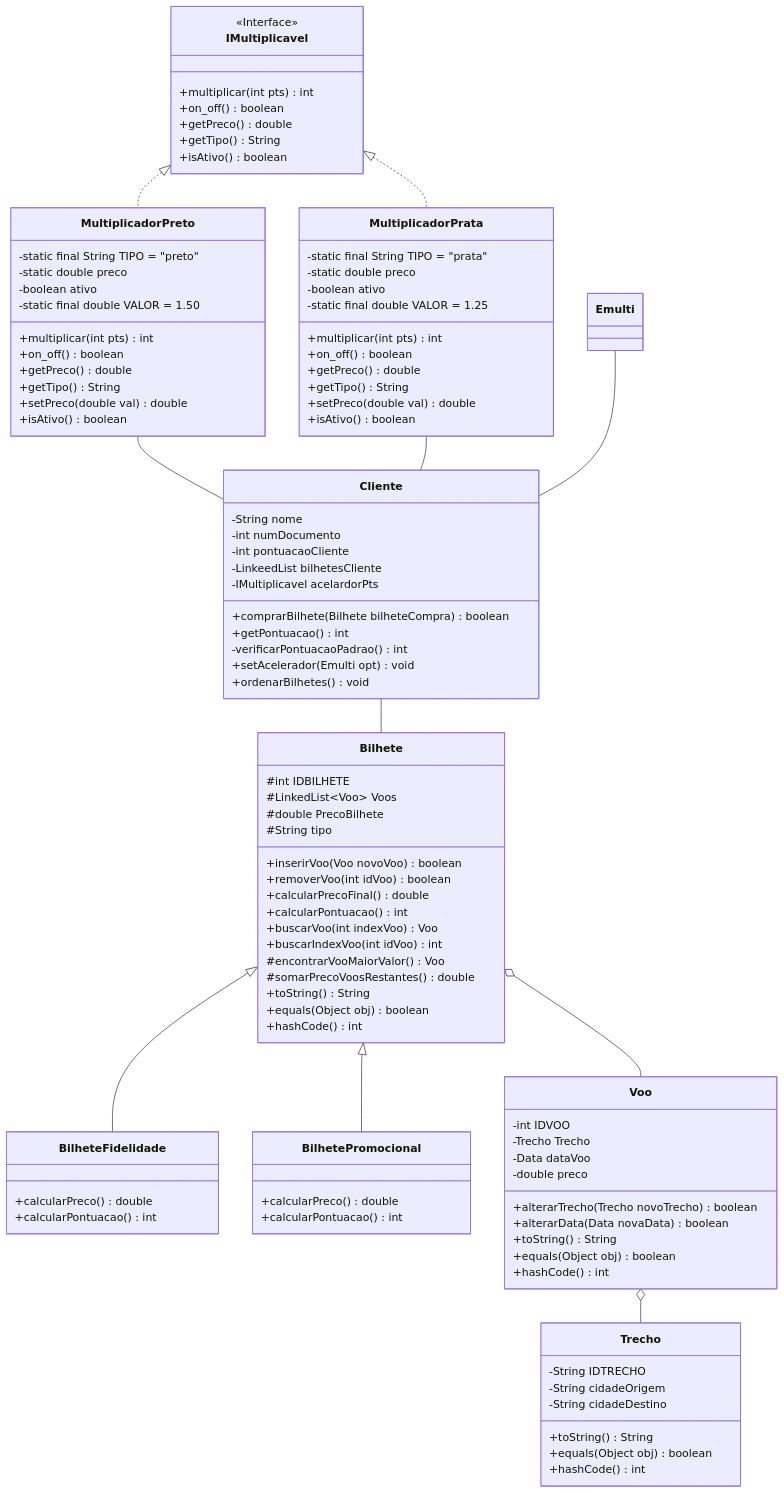
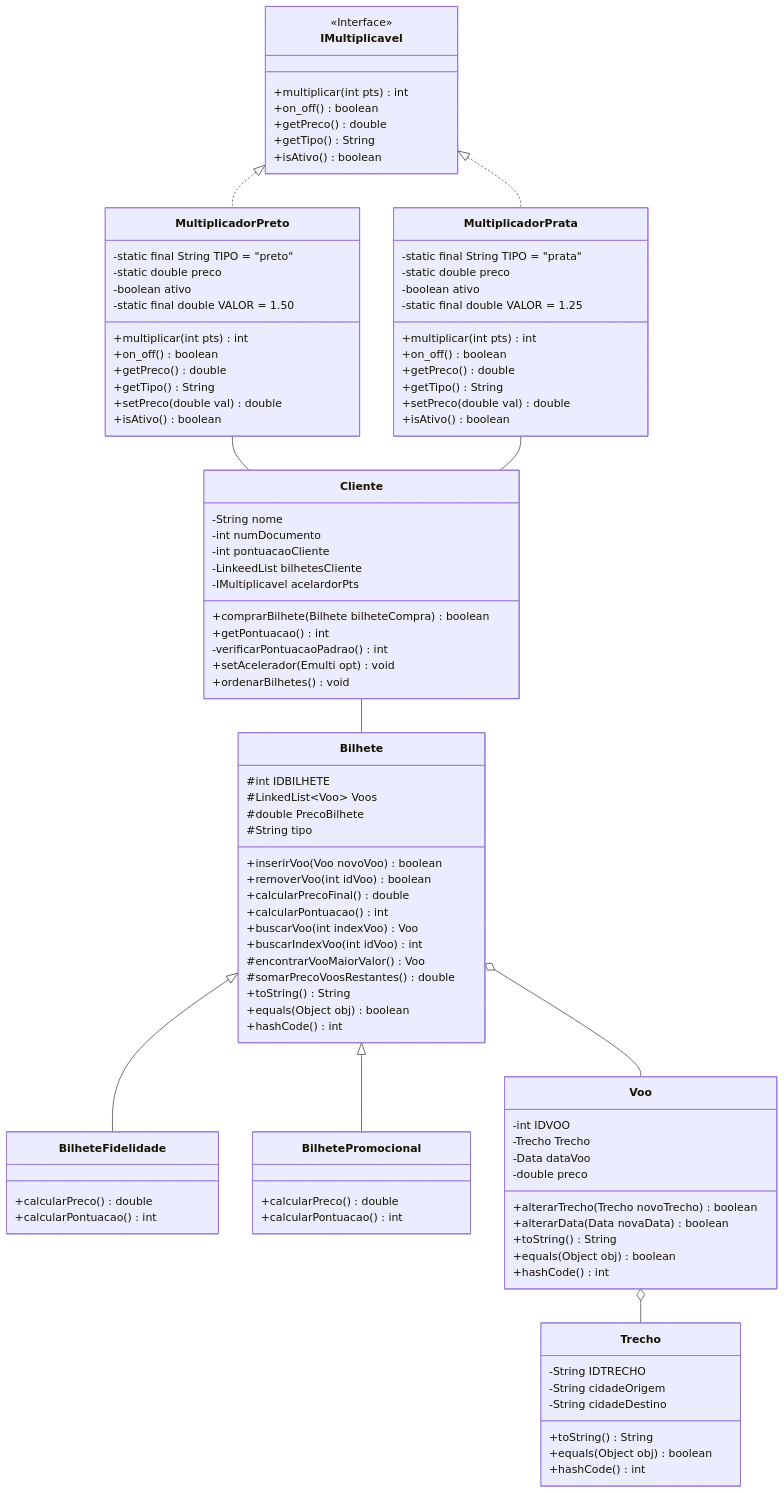
The diagram in README.md (DisciplinasProgramacao/tp_em_grupo-grupododiogo), drawn with Mermaid before and after one commit.

Commit message:
Update README.md
retirando enum Multiplicador

```diff
--- a/README.md
+++ b/README.md
@@ -176,7 +176,6 @@
 
 MultiplicadorPreto -- Cliente
 MultiplicadorPrata -- Cliente
-Emulti -- Cliente
 IMultiplicavel <|.. MultiplicadorPreto
 IMultiplicavel <|.. MultiplicadorPrata
 Cliente -- Bilhete
```
